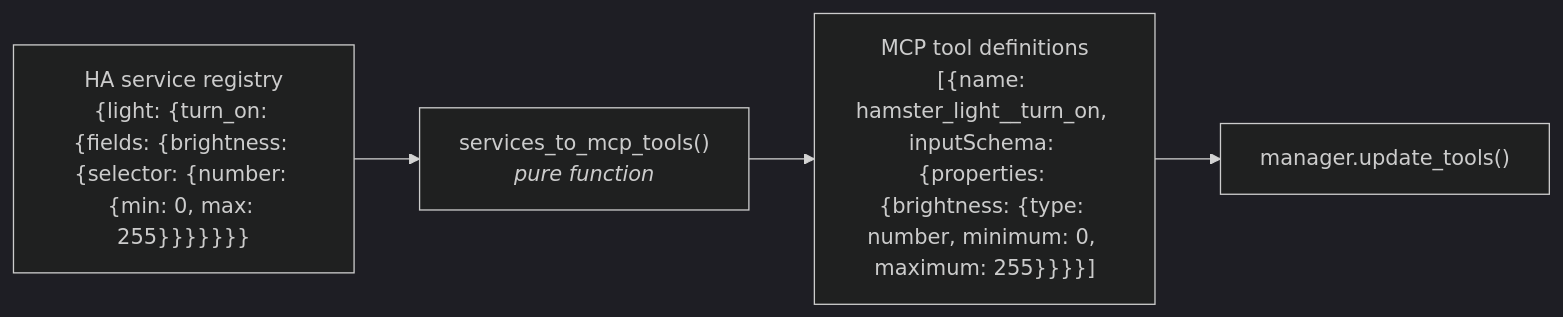
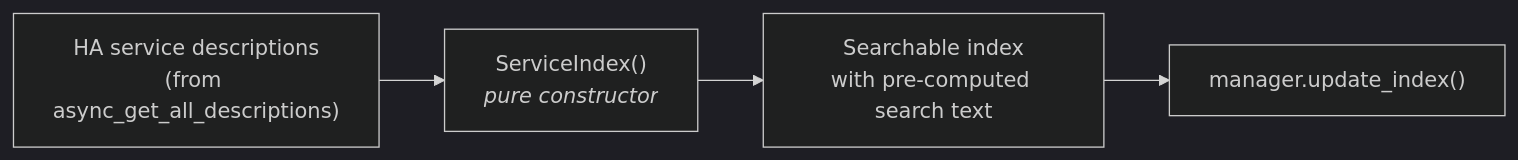
One commit to altendky/hamster changed the seventh of 7 diagrams in docs/src/project/data-flow.md. Above: the diagram before and after it, drawn with Mermaid (dark theme). The commit also changed other lines of this file and 7 other files, not shown here.

````diff
--- a/docs/src/project/data-flow.md
+++ b/docs/src/project/data-flow.md
@@ -143,9 +162,9 @@
 ```mermaid
 flowchart LR
-    input["HA service registry<br/>{light: {turn_on: {fields: {brightness: {selector: {number: {min: 0, max: 255}}}}}}}"]
-    fn["services_to_mcp_tools()<br/><i>pure function</i>"]
-    output["MCP tool definitions<br/>[{name: hamster_light__turn_on, inputSchema: {properties: {brightness: {type: number, minimum: 0, maximum: 255}}}}]"]
-    cache["manager.update_tools()"]
+    input["HA service descriptions<br/>(from async_get_all_descriptions)"]
+    fn["ServiceIndex()<br/><i>pure constructor</i>"]
+    output["Searchable index<br/>with pre-computed search text"]
+    cache["manager.update_index()"]
 
     input --> fn --> output --> cache
 ```
````
